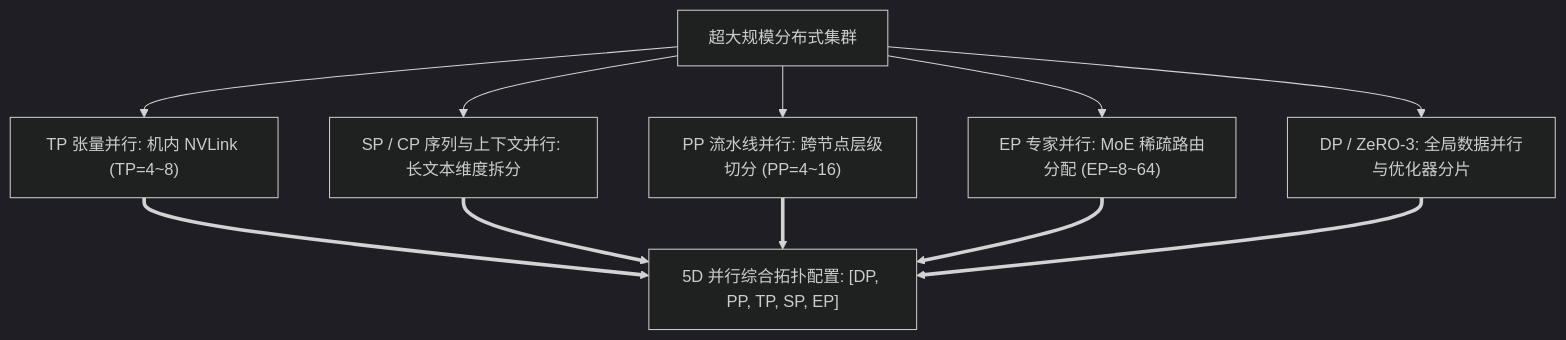
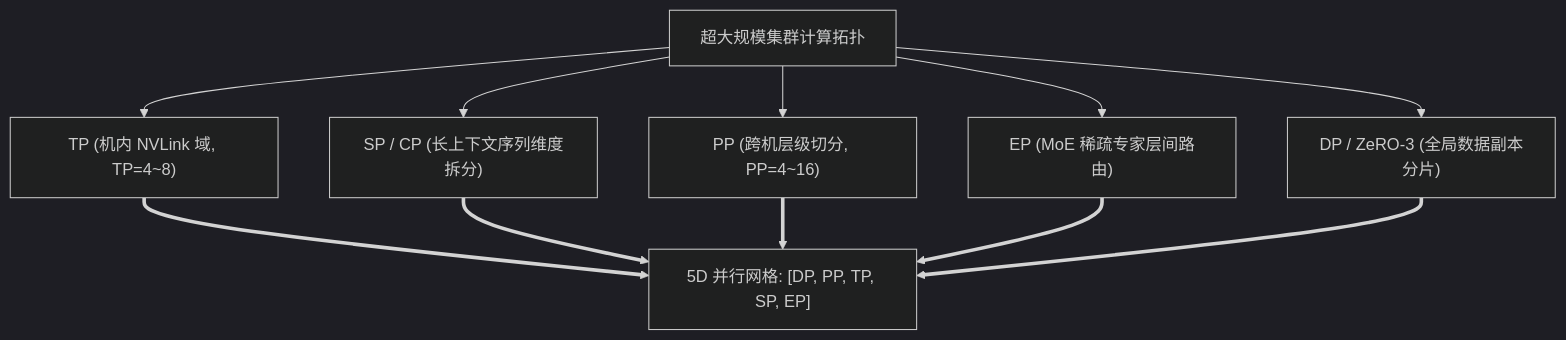
One commit to hsthanb4/hpclearning changed the first of 3 diagrams in train/lesson11.qmd. Above: the diagram before and after it, drawn with Mermaid (dark theme). The commit also changed other lines of this file and 205 other files, not shown here.

````diff
--- a/train/lesson11.qmd
+++ b/train/lesson11.qmd
@@ -37,9 +35,9 @@
-```{mermaid}
+```mermaid
 flowchart TD
-    Cluster["超大规模分布式集群"] --> TP["TP 张量并行: 机内 NVLink (TP=4~8)"]
-    Cluster --> SP["SP / CP 序列与上下文并行: 长文本维度拆分"]
-    Cluster --> PP["PP 流水线并行: 跨节点层级切分 (PP=4~16)"]
-    Cluster --> EP["EP 专家并行: MoE 稀疏路由分配 (EP=8~64)"]
-    Cluster --> DP["DP / ZeRO-3: 全局数据并行与优化器分片"]
-    TP & SP & PP & EP & DP ==> Matrix["5D 并行综合拓扑配置: [DP, PP, TP, SP, EP]"]
+    Cluster["超大规模集群计算拓扑"] --> TP["TP (机内 NVLink 域, TP=4~8)"]
+    Cluster --> SP["SP / CP (长上下文序列维度拆分)"]
+    Cluster --> PP["PP (跨机层级切分, PP=4~16)"]
+    Cluster --> EP["EP (MoE 稀疏专家层间路由)"]
+    Cluster --> DP["DP / ZeRO-3 (全局数据副本分片)"]
+    TP & SP & PP & EP & DP ==> Matrix["5D 并行网格: [DP, PP, TP, SP, EP]"]
 ```
````
